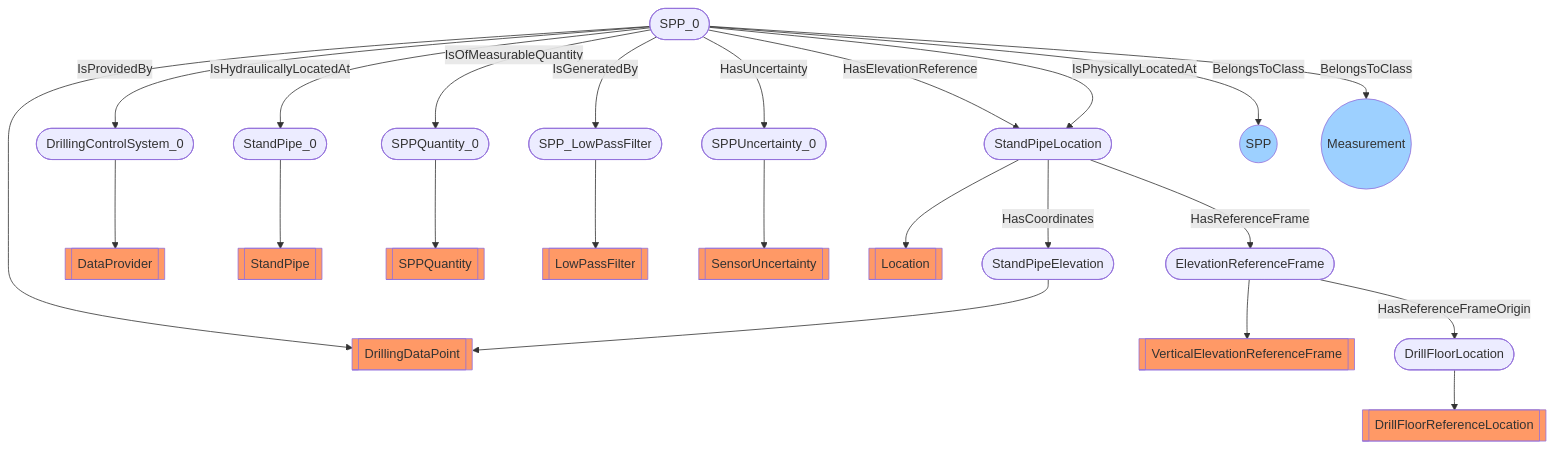
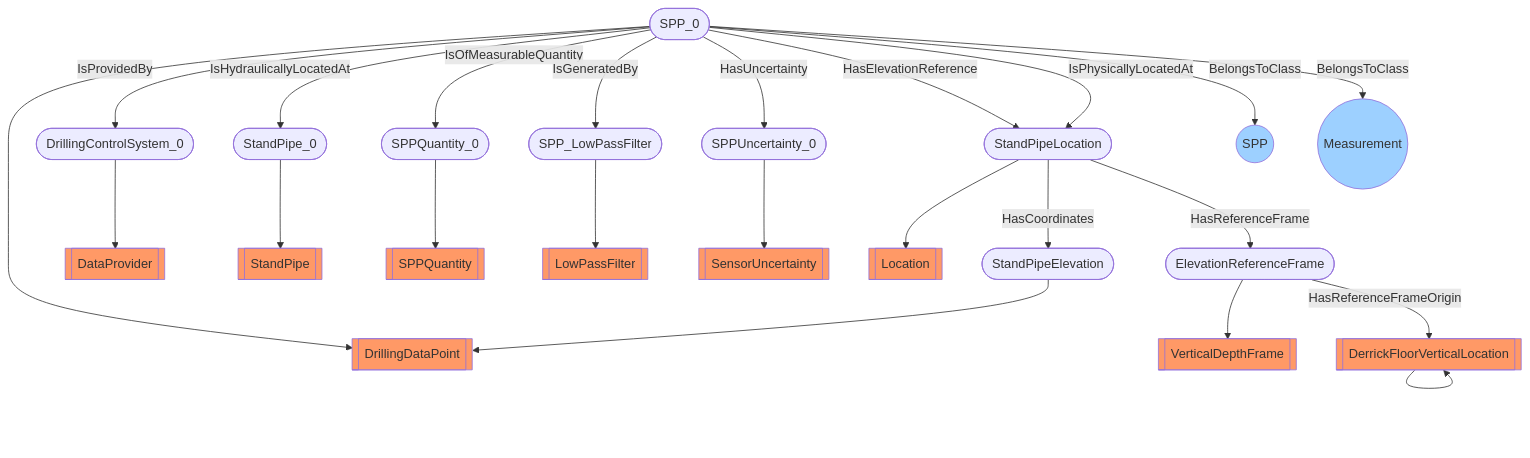
The diagram in docs/vocabulary_development/auto-generated/md/examples/DWIS-SPP0.md (D-WIS/DDHub-Semantic-Interoperability), drawn with Mermaid before and after one commit. The commit also changed other lines of this file and 13 other files, not shown here.

````diff
--- a/docs/vocabulary_development/auto-generated/md/examples/DWIS-SPP0.md
+++ b/docs/vocabulary_development/auto-generated/md/examples/DWIS-SPP0.md
@@ -24,27 +24,27 @@
 ```mermaid
 flowchart TD
 	 classDef typeClass fill:#f96;
 	 classDef classClass fill:#9dd0ff;
 	SPP_0([SPP_0]) --> DrillingDataPoint[[DrillingDataPoint]]:::typeClass
 	StandPipe_0([StandPipe_0]) --> StandPipe[[StandPipe]]:::typeClass
 	SPPQuantity_0([SPPQuantity_0]) --> SPPQuantity[[SPPQuantity]]:::typeClass
 	SPPUncertainty_0([SPPUncertainty_0]) --> SensorUncertainty[[SensorUncertainty]]:::typeClass
 	SPP_LowPassFilter([SPP_LowPassFilter]) --> LowPassFilter[[LowPassFilter]]:::typeClass
 	DrillingControlSystem_0([DrillingControlSystem_0]) --> DataProvider[[DataProvider]]:::typeClass
 	StandPipeLocation([StandPipeLocation]) --> Location[[Location]]:::typeClass
-	DrillFloorLocation([DrillFloorLocation]) --> DrillFloorReferenceLocation[[DrillFloorReferenceLocation]]:::typeClass
+	DerrickFloorVerticalLocation([DerrickFloorVerticalLocation]) --> DerrickFloorVerticalLocation[[DerrickFloorVerticalLocation]]:::typeClass
 	StandPipeElevation([StandPipeElevation]) --> DrillingDataPoint[[DrillingDataPoint]]:::typeClass
-	ElevationReferenceFrame([ElevationReferenceFrame]) --> VerticalElevationReferenceFrame[[VerticalElevationReferenceFrame]]:::typeClass
+	ElevationReferenceFrame([ElevationReferenceFrame]) --> VerticalDepthFrame[[VerticalDepthFrame]]:::typeClass
 	 SPP_0 -- IsProvidedBy --> DrillingControlSystem_0 
 	 SPP_0 -- IsHydraulicallyLocatedAt --> StandPipe_0 
 	 SPP_0 -- IsOfMeasurableQuantity --> SPPQuantity_0 
 	 SPP_0 -- IsGeneratedBy --> SPP_LowPassFilter 
 	 SPP_0 -- HasUncertainty --> SPPUncertainty_0 
 	 SPP_0 -- HasElevationReference --> StandPipeLocation 
 	 SPP_0 -- IsPhysicallyLocatedAt --> StandPipeLocation 
 	 StandPipeLocation -- HasCoordinates --> StandPipeElevation 
 	 StandPipeLocation -- HasReferenceFrame --> ElevationReferenceFrame 
-	 ElevationReferenceFrame -- HasReferenceFrameOrigin --> DrillFloorLocation 
+	 ElevationReferenceFrame -- HasReferenceFrameOrigin --> DerrickFloorVerticalLocation 
 	 SPP_0 -- BelongsToClass --> SPP((SPP)):::classClass
 	 SPP_0 -- BelongsToClass --> Measurement((Measurement)):::classClass
 ```
````
